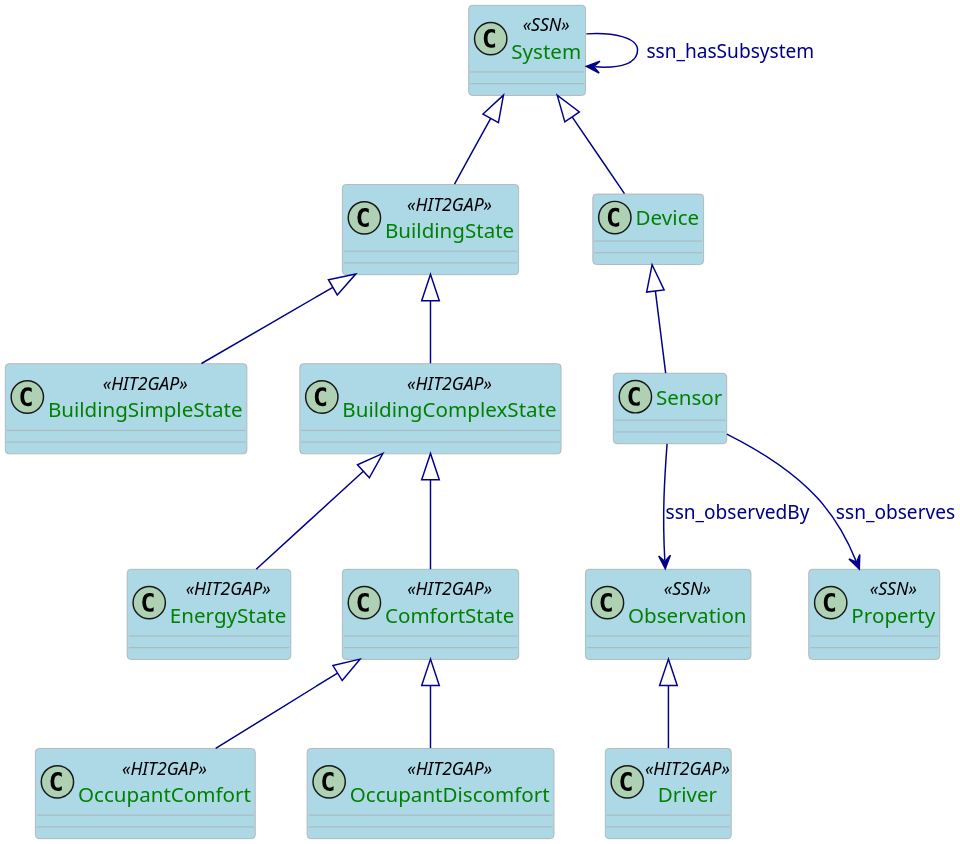
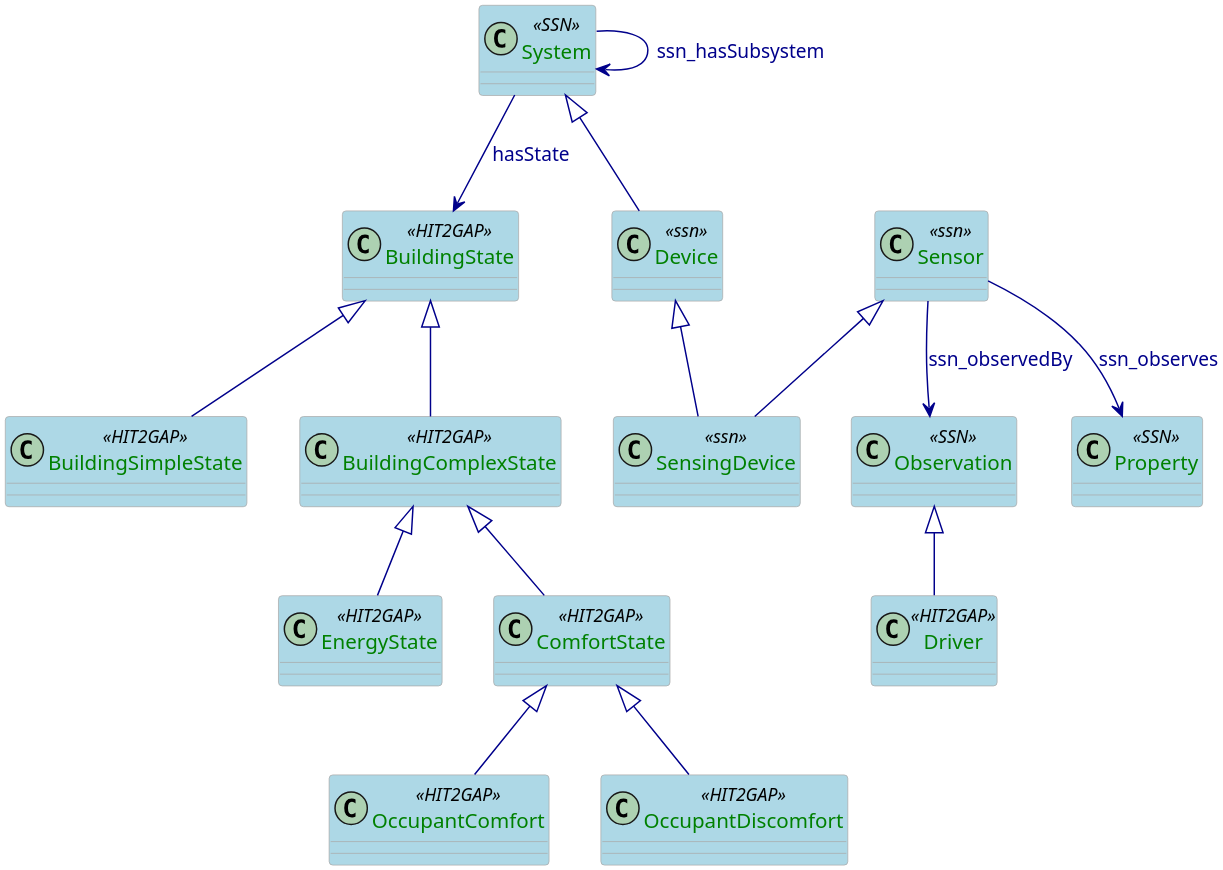
The diagram in docs/plantuml/BuildingStateSpecification.puml (HIT2GAP-EU-PROJECT/BEMOnt), drawn with PlantUML before and after one commit. The commit also changed 48 other files, not shown here.

Commit message:
Update the models according to the Pierre document. Moreover, we have inclded a new version of the ssn being SensingDevice isA Device and SensingDevice isA Sensor

```diff
--- a/docs/plantuml/BuildingStateSpecification.puml
+++ b/docs/plantuml/BuildingStateSpecification.puml
@@ -1,71 +1,76 @@
 @startuml
 
 skinparam class {
   ArrowColor DarkBlue
   ArrowFontColor DarkBlue
   BackgroundColor LightBlue
   BorderColor DarkGrey
 }
 skinparam dpi 300
 skinparam stereotypeCBackgroundColor Wheat
 skinparam classAttributeFontColor  Green
 
 class System <<SSN>>{
 
 }
 
 class BuildingState <<HIT2GAP>>{
 
 }
 
 class BuildingSimpleState <<HIT2GAP>>{
 
 }
 
 class BuildingComplexState <<HIT2GAP>>{
 
 }
 
 class EnergyState <<HIT2GAP>>{
 
 }
 
 class ComfortState <<HIT2GAP>>{
 
 }
 
 class OccupantComfort <<HIT2GAP>>{
 
 }
 
 class OccupantDiscomfort <<HIT2GAP>>{
 
 }
 class Driver <<HIT2GAP>>{
 
 }
 
 class Observation <<SSN>>{
 
 }
 
 class Property <<SSN>> {
 
 }
 
-System <|-- BuildingState
+class Device <<ssn>>
+class Sensor <<ssn>>
+class SensingDevice <<ssn>>
+
+System --> BuildingState: hasState
 BuildingState <|-- BuildingSimpleState
 BuildingState <|-- BuildingComplexState
 BuildingComplexState <|-- EnergyState
 BuildingComplexState <|-- ComfortState
 ComfortState <|-- OccupantComfort
 ComfortState <|-- OccupantDiscomfort
 System <|-- Device
+Device <|-- SensingDevice
+Sensor <|-- SensingDevice
 System --> System:ssn_hasSubsystem
-Device <|-- Sensor
 Sensor --> Observation:ssn_observedBy
 Sensor --> Property:ssn_observes
 
 Observation <|-- Driver
 
 @enduml
```
